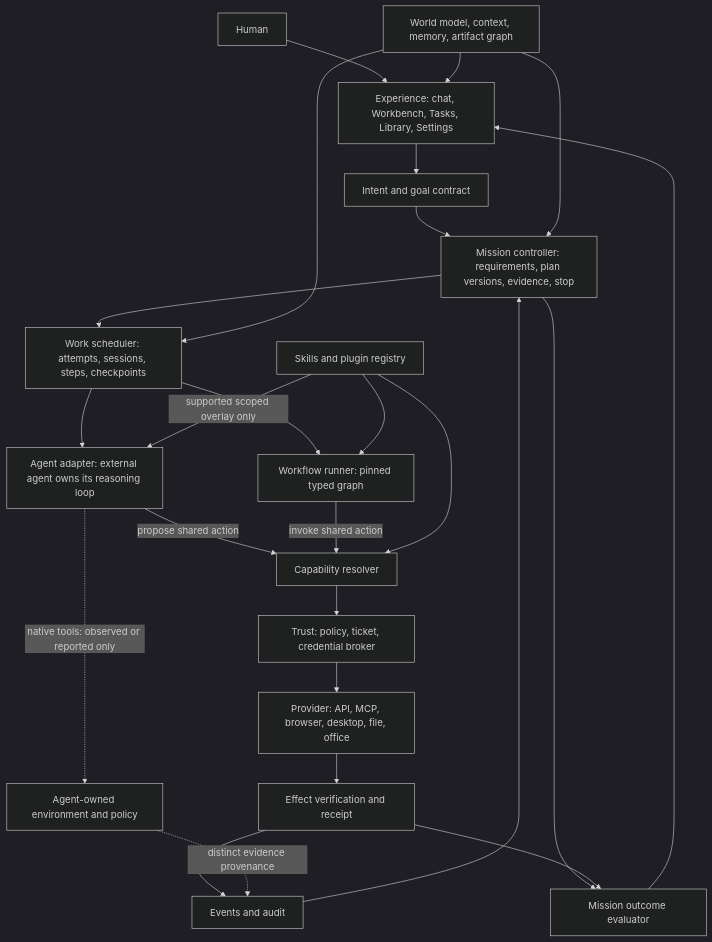
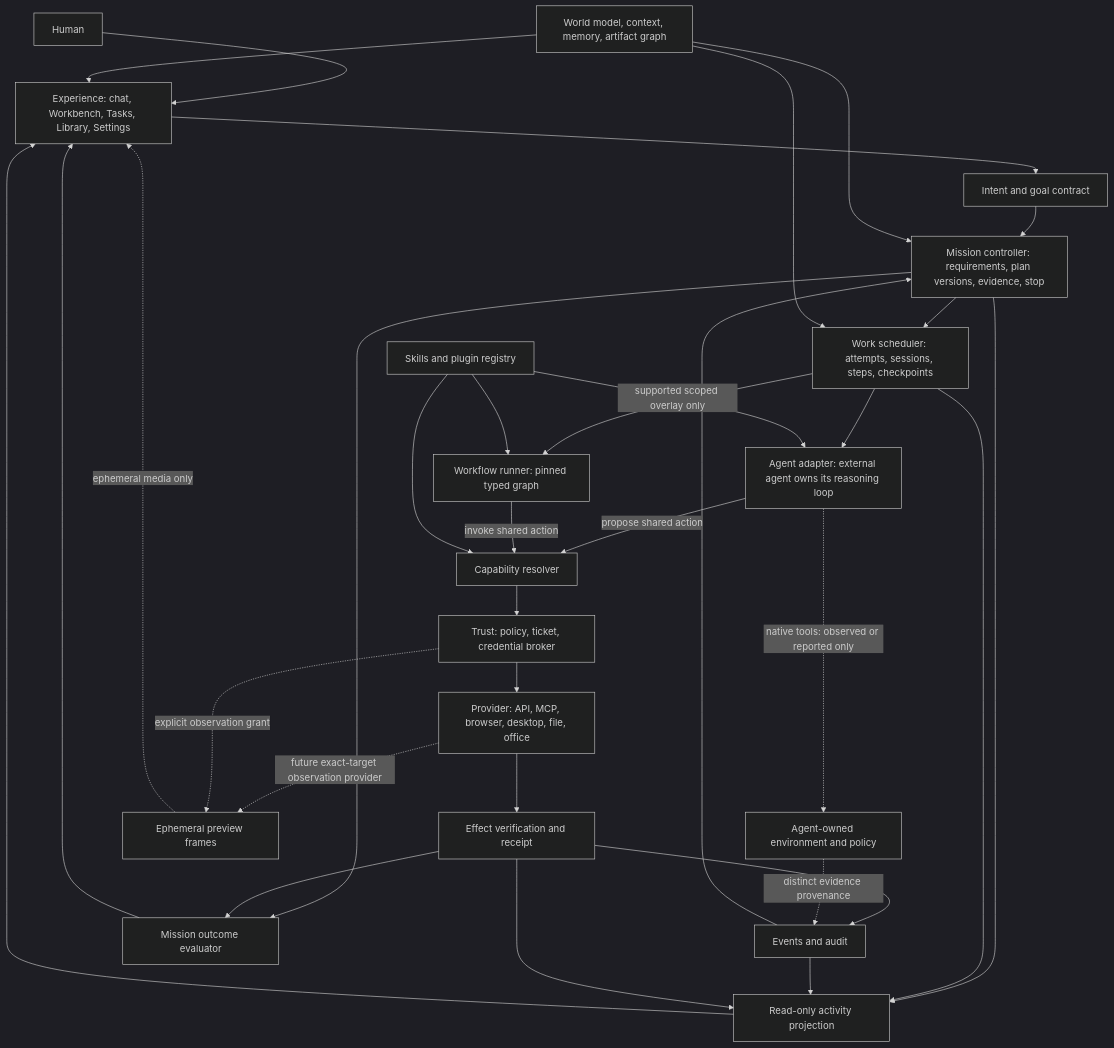
One commit to sarv-projects/agentcowork changed the first of 14 diagrams in ARCH/50-SYSTEM-BLUEPRINT.md. Above: the diagram before and after it, drawn with Mermaid (dark theme). The commit also changed other lines of this file and 19 other files, not shown here.

````diff
--- a/ARCH/50-SYSTEM-BLUEPRINT.md
+++ b/ARCH/50-SYSTEM-BLUEPRINT.md
@@ -7,27 +7,35 @@
 ```mermaid
 flowchart TB
   U[Human] --> X[Experience: chat, Workbench, Tasks, Library, Settings]
   X --> I[Intent and goal contract]
   I --> M[Mission controller: requirements, plan versions, evidence, stop]
   M --> W[Work scheduler: attempts, sessions, steps, checkpoints]
   W --> A[Agent adapter: external agent owns its reasoning loop]
   W --> F[Workflow runner: pinned typed graph]
   A -->|propose shared action| C[Capability resolver]
   F -->|invoke shared action| C
   C --> T[Trust: policy, ticket, credential broker]
   T --> P[Provider: API, MCP, browser, desktop, file, office]
   P --> V[Effect verification and receipt]
   V --> E[Events and audit]
   E --> M
   A -.->|native tools: observed or reported only| N[Agent-owned environment and policy]
   N -.->|distinct evidence provenance| E
   M --> R[Mission outcome evaluator]
   V --> R
   R --> X
+  M --> AP[Read-only activity projection]
+  W --> AP
+  E --> AP
+  V --> AP
+  AP --> X
+  P -. future exact-target observation provider .-> PX[Ephemeral preview frames]
+  T -. explicit observation grant .-> PX
+  PX -. ephemeral media only .-> X
   O[World model, context, memory, artifact graph] --> M
   O --> W
   O --> X
   S[Skills and plugin registry] -->|supported scoped overlay only| A
   S --> C
   S --> F
 ```
````
